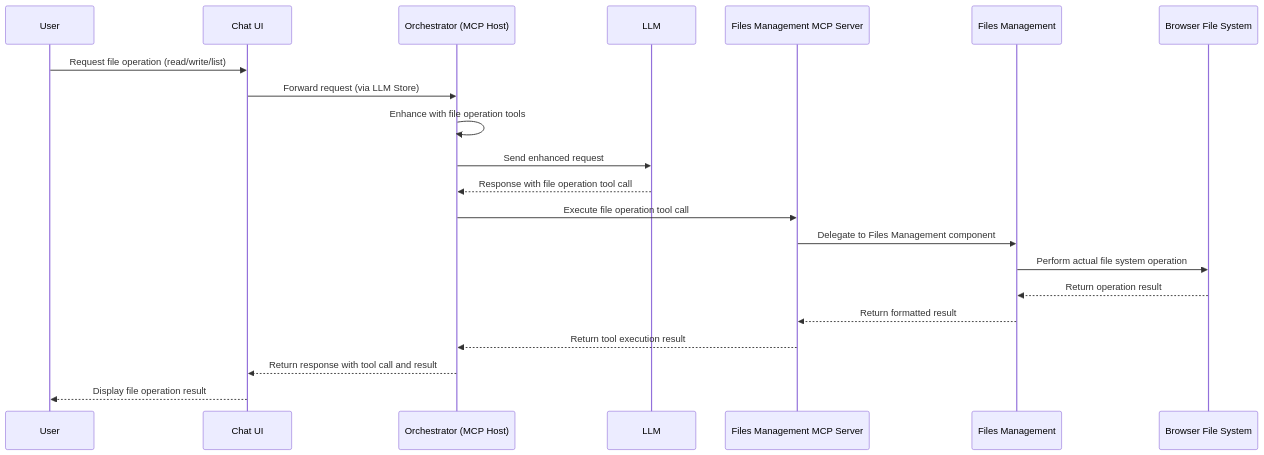
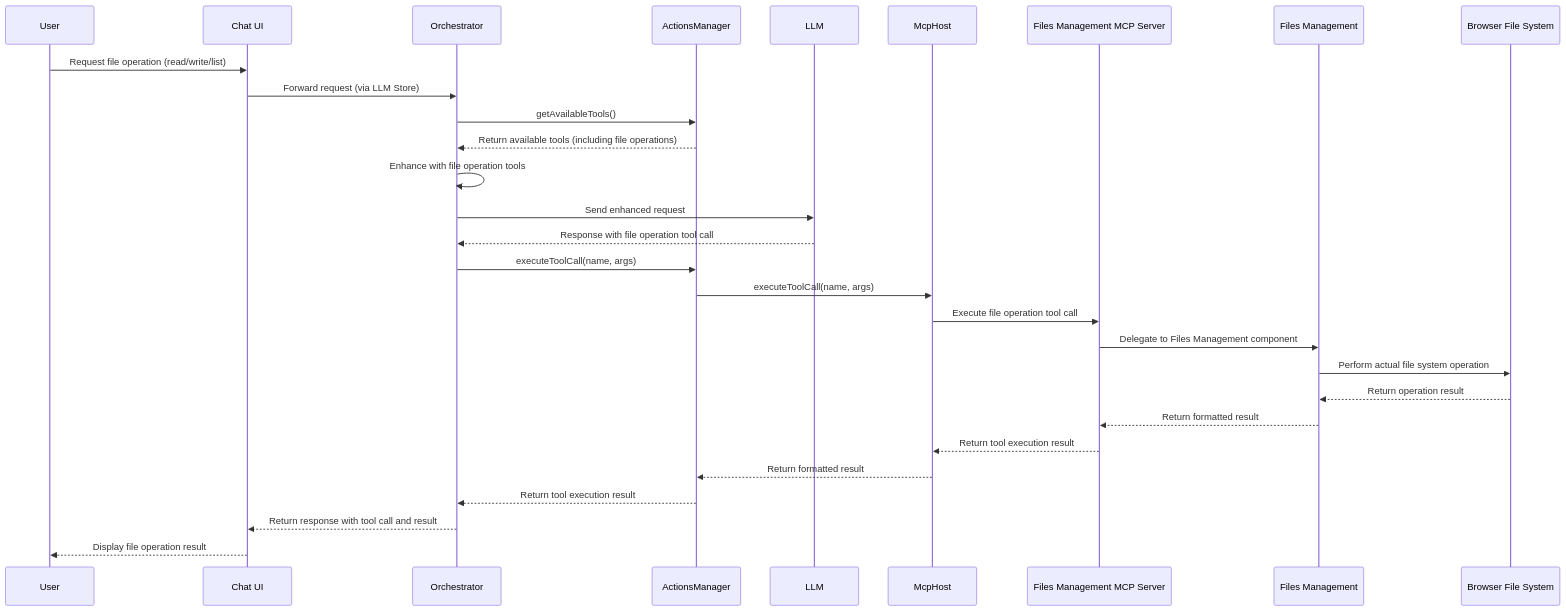
Before and after one commit to mrsimpson/piddie: the fifth of 6 diagrams in packages/llm-integration/README.md, drawn with Mermaid. The commit also changed other lines of this file and 32 other files, not shown here.

````diff
--- a/packages/llm-integration/README.md
+++ b/packages/llm-integration/README.md
@@ -258,28 +273,36 @@
 ```mermaid
 sequenceDiagram
     participant User
     participant ChatUI as Chat UI
-    participant Orchestrator as Orchestrator (MCP Host)
+    participant Orchestrator
+    participant ActionsManager
     participant LLM
+    participant McpHost
     participant FMMCP as Files Management MCP Server
     participant FM as Files Management
     participant BFS as Browser File System
 
     User->>ChatUI: Request file operation (read/write/list)
     ChatUI->>Orchestrator: Forward request (via LLM Store)
 
+    Orchestrator->>ActionsManager: getAvailableTools()
+    ActionsManager-->>Orchestrator: Return available tools (including file operations)
     Orchestrator->>Orchestrator: Enhance with file operation tools
     Orchestrator->>LLM: Send enhanced request
 
     LLM-->>Orchestrator: Response with file operation tool call
 
-    Orchestrator->>FMMCP: Execute file operation tool call
+    Orchestrator->>ActionsManager: executeToolCall(name, args)
+    ActionsManager->>McpHost: executeToolCall(name, args)
+    McpHost->>FMMCP: Execute file operation tool call
     FMMCP->>FM: Delegate to Files Management component
     FM->>BFS: Perform actual file system operation
     BFS-->>FM: Return operation result
     FM-->>FMMCP: Return formatted result
-    FMMCP-->>Orchestrator: Return tool execution result
+    FMMCP-->>McpHost: Return tool execution result
+    McpHost-->>ActionsManager: Return formatted result
+    ActionsManager-->>Orchestrator: Return tool execution result
 
     Orchestrator-->>ChatUI: Return response with tool call and result
     ChatUI-->>User: Display file operation result
 ```
````
